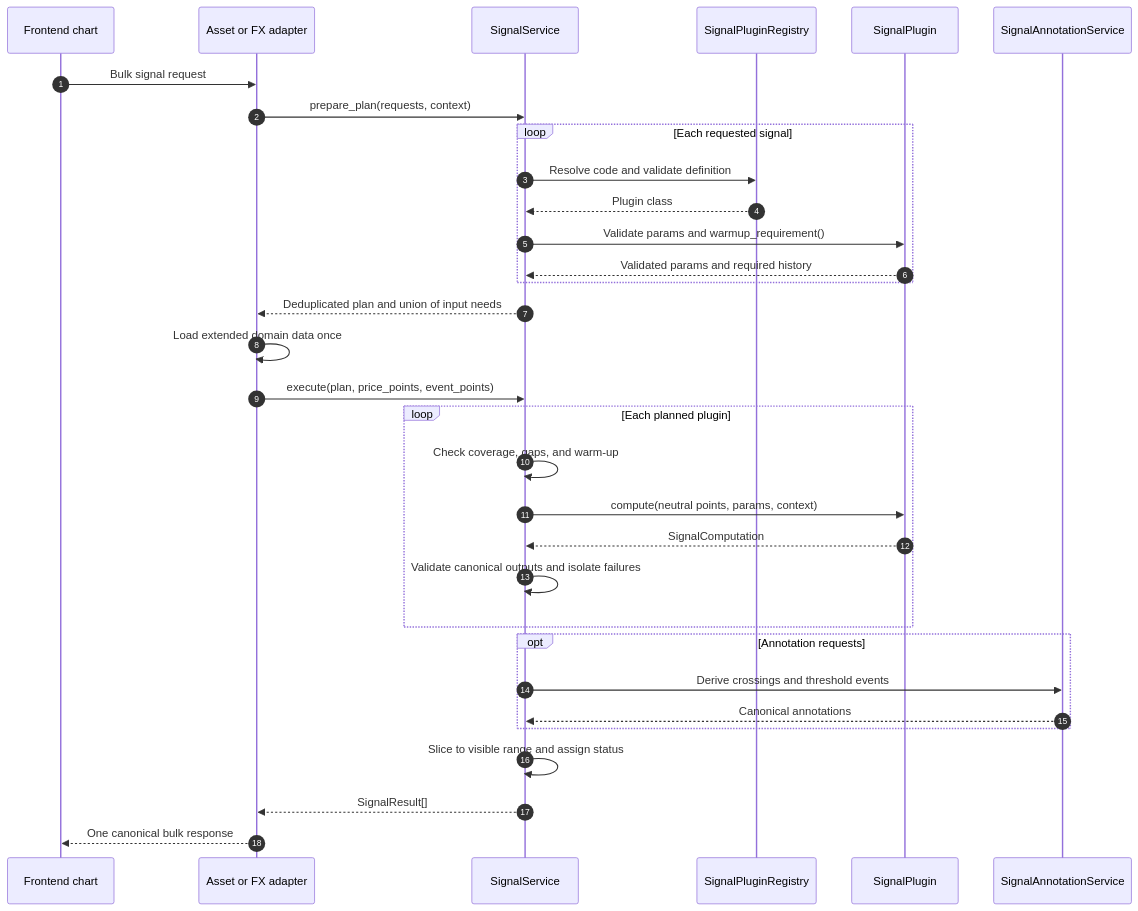
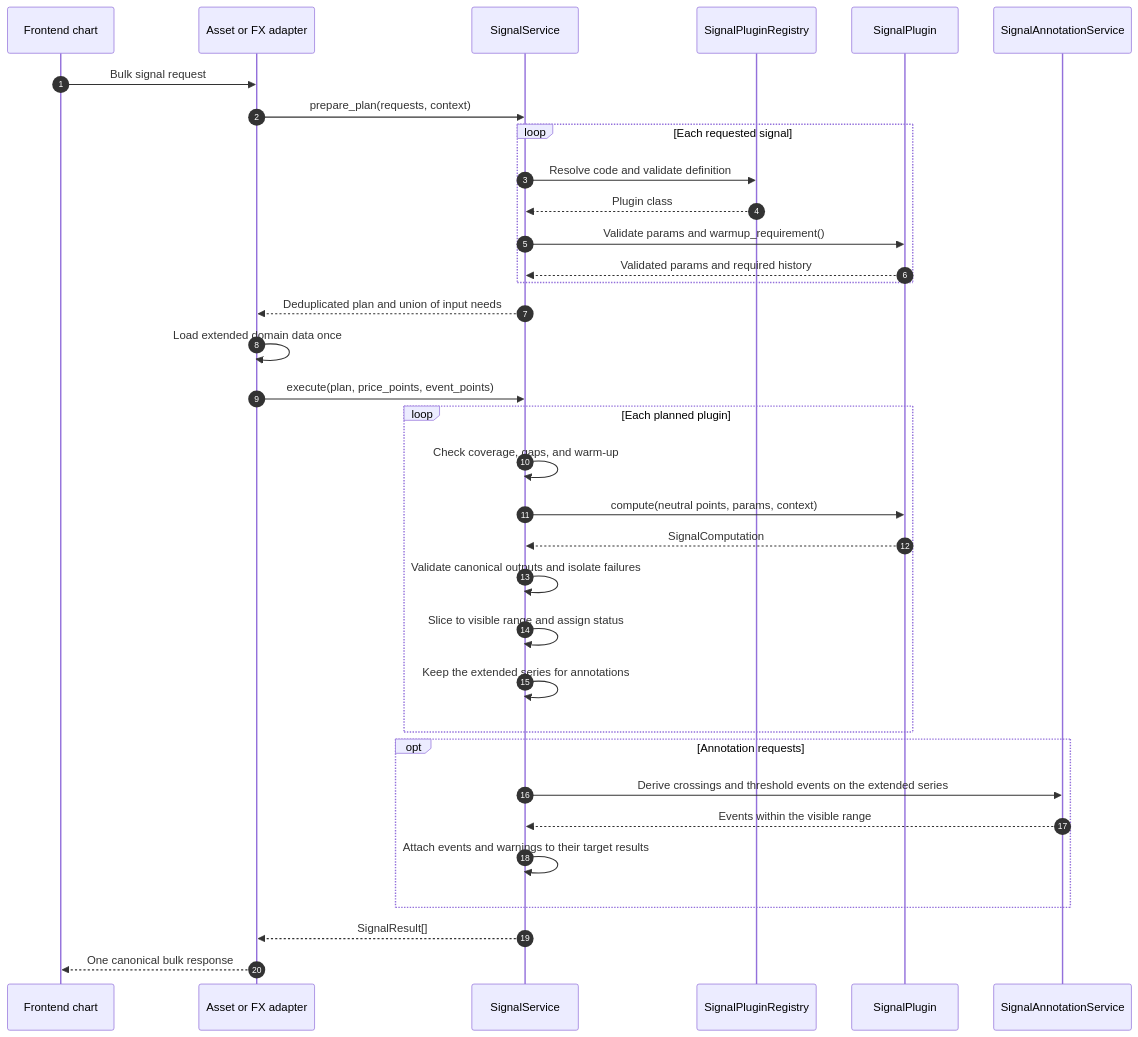
Before and after one commit to Librefolio/LibreFolio: the second of 3 diagrams in mkdocs_src/docs/developer/architecture/patterns/signal_plugin_guide.md, drawn with Mermaid. The commit also changed other lines of this file and 9 other files, not shown here.

````diff
--- a/mkdocs_src/docs/developer/architecture/patterns/signal_plugin_guide.md
+++ b/mkdocs_src/docs/developer/architecture/patterns/signal_plugin_guide.md
@@ -107,35 +107,37 @@
 ```mermaid
 sequenceDiagram
     autonumber
     participant C as Frontend chart
     participant A as Asset or FX adapter
     participant S as SignalService
     participant R as SignalPluginRegistry
     participant P as SignalPlugin
     participant N as SignalAnnotationService
 
     C->>A: Bulk signal request
     A->>S: prepare_plan(requests, context)
     loop Each requested signal
         S->>R: Resolve code and validate definition
         R-->>S: Plugin class
         S->>P: Validate params and warmup_requirement()
         P-->>S: Validated params and required history
     end
     S-->>A: Deduplicated plan and union of input needs
     A->>A: Load extended domain data once
     A->>S: execute(plan, price_points, event_points)
     loop Each planned plugin
         S->>S: Check coverage, gaps, and warm-up
         S->>P: compute(neutral points, params, context)
         P-->>S: SignalComputation
         S->>S: Validate canonical outputs and isolate failures
+        S->>S: Slice to visible range and assign status
+        S->>S: Keep the extended series for annotations
     end
     opt Annotation requests
-        S->>N: Derive crossings and threshold events
-        N-->>S: Canonical annotations
+        S->>N: Derive crossings and threshold events on the extended series
+        N-->>S: Events within the visible range
+        S->>S: Attach events and warnings to their target results
     end
-    S->>S: Slice to visible range and assign status
     S-->>A: SignalResult[]
     A-->>C: One canonical bulk response
 ```
````
